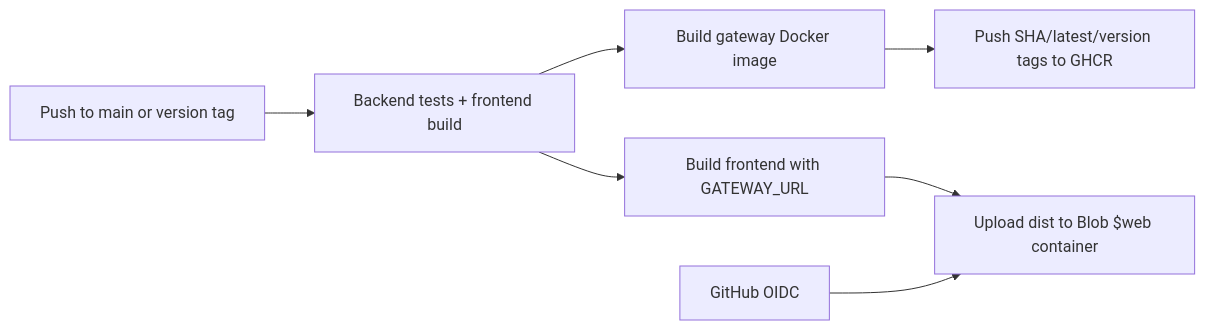
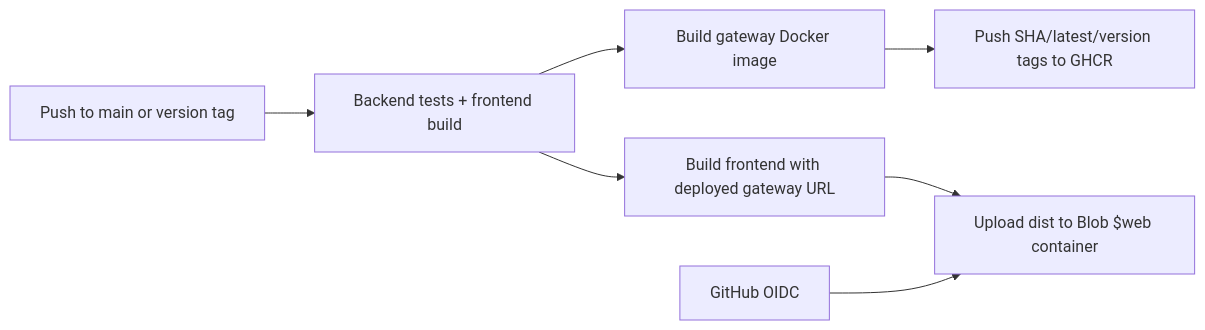
The fourth of 4 diagrams in README.md (ellisbirt/adventure-works-mcp-server), drawn with Mermaid before and after one commit. The commit also changed other lines of this file and 14 other files, not shown here.

Commit message:
Enhance GitHub Actions workflow for infrastructure validation and deployment; update README for clarity on gateway image references and API behavior; improve health check endpoint and error handling in the gateway; refine sensitive data handling in repositories and tests.

````diff
--- a/README.md
+++ b/README.md
@@ -95,9 +95,9 @@
 ```mermaid
 flowchart LR
 	Commit[Push to main or version tag] --> Tests[Backend tests + frontend build]
 	Tests --> Image[Build gateway Docker image]
 	Image --> GHCR[Push SHA/latest/version tags to GHCR]
-	Tests --> WebBuild[Build frontend with GATEWAY_URL]
+	Tests --> WebBuild[Build frontend with deployed gateway URL]
 	WebBuild --> Blob[Upload dist to Blob $web container]
 	AzureLogin[GitHub OIDC] --> Blob
 ```
````
